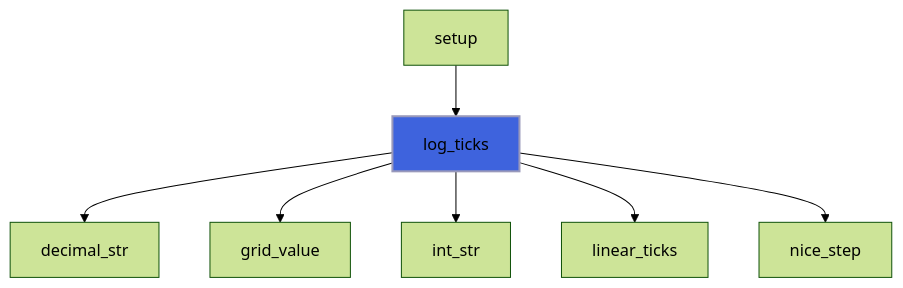
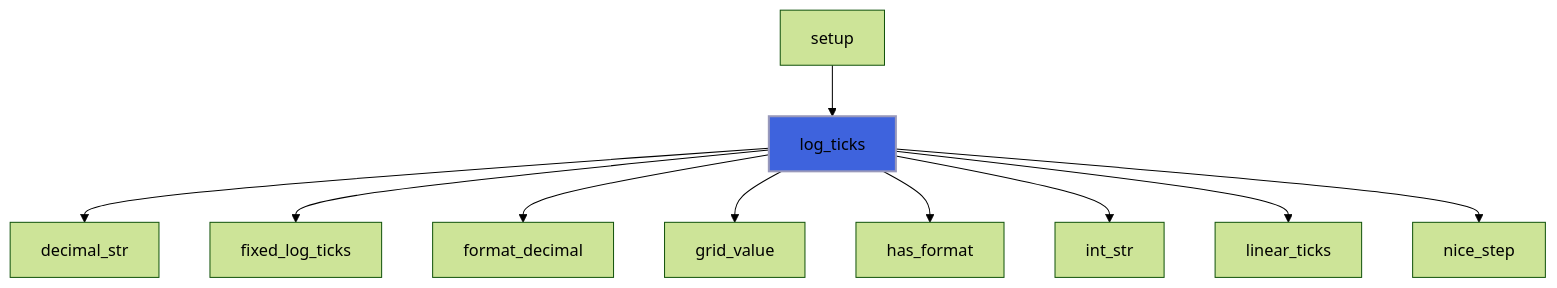
One commit to szaghi/foresight changed the fifth of 16 diagrams in docs/api/src/lib/foresight_ticks.md. Above: the diagram before and after it, drawn with Mermaid (forest theme). The commit also changed other lines of this file and 42 other files, not shown here.

````diff
--- a/docs/api/src/lib/foresight_ticks.md
+++ b/docs/api/src/lib/foresight_ticks.md
@@ -149,10 +228,13 @@
 ```mermaid
 flowchart TD
   setup["setup"] --> log_ticks["log_ticks"]
   log_ticks["log_ticks"] --> decimal_str["decimal_str"]
+  log_ticks["log_ticks"] --> fixed_log_ticks["fixed_log_ticks"]
+  log_ticks["log_ticks"] --> format_decimal["format_decimal"]
   log_ticks["log_ticks"] --> grid_value["grid_value"]
+  log_ticks["log_ticks"] --> has_format["has_format"]
   log_ticks["log_ticks"] --> int_str["int_str"]
   log_ticks["log_ticks"] --> linear_ticks["linear_ticks"]
   log_ticks["log_ticks"] --> nice_step["nice_step"]
   style log_ticks fill:#3e63dd,stroke:#99b,stroke-width:2px
 ```
````
